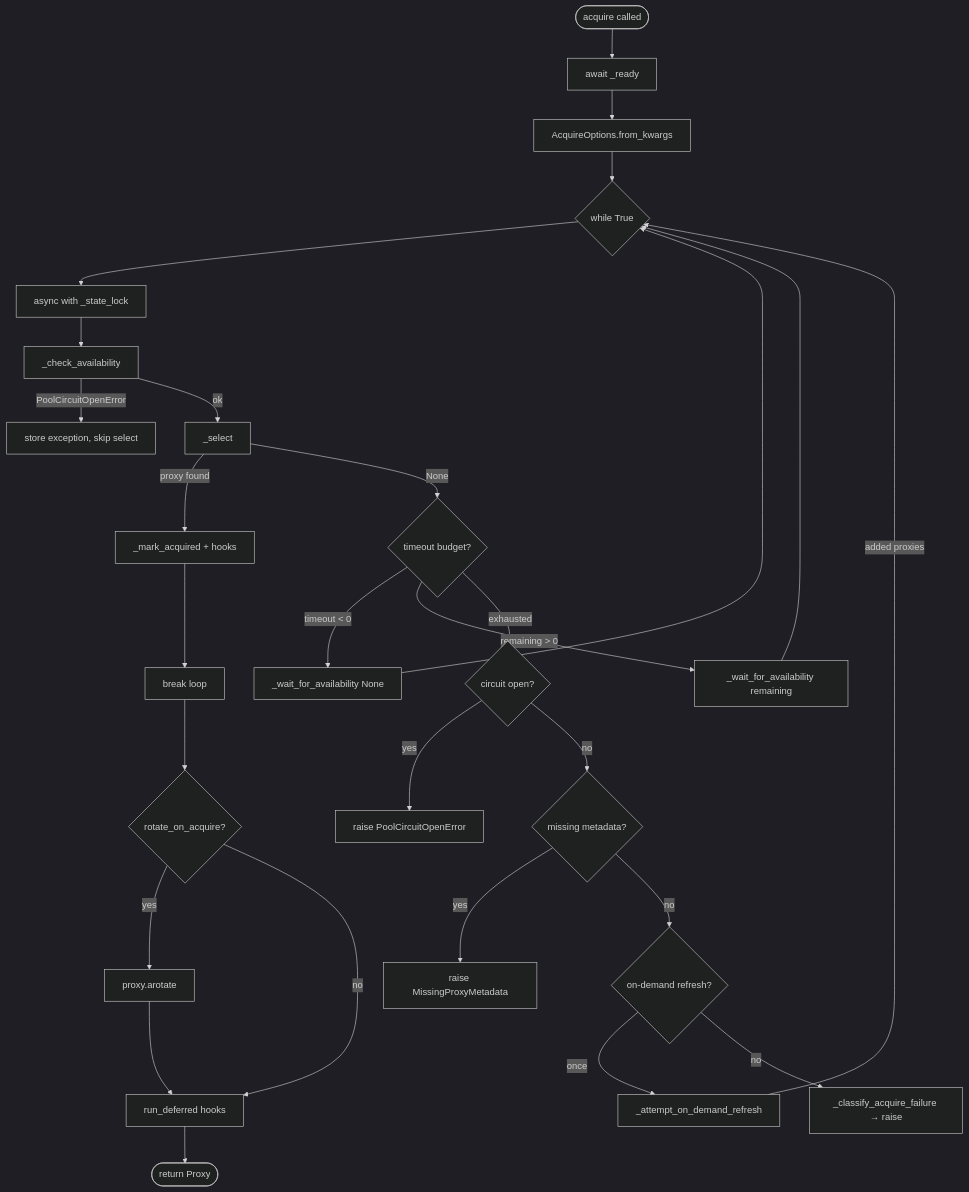
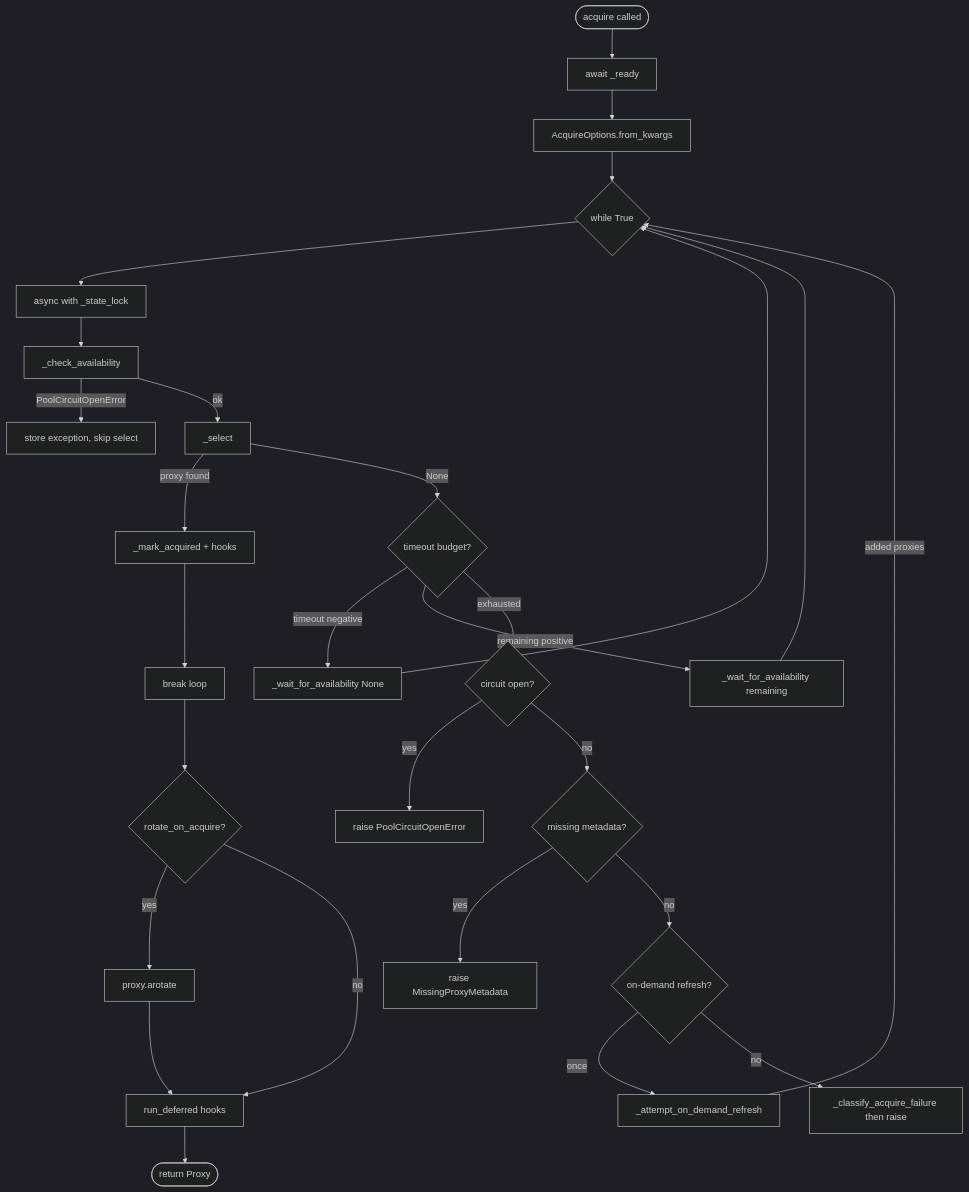
The third of 6 diagrams in docs/for_mine_and_only_my.md (MFDI-hub/omniproxy), drawn with Mermaid (dark theme) before and after one commit. The commit also changed other lines of this file, not shown here.

````diff
--- a/docs/for_mine_and_only_my.md
+++ b/docs/for_mine_and_only_my.md
@@ -186,34 +186,34 @@
 ```mermaid
 flowchart TD
     START([acquire called]) --> READY[await _ready]
     READY --> OPTS[AcquireOptions.from_kwargs]
     OPTS --> LOOP{while True}
 
     LOOP --> LOCK[async with _state_lock]
     LOCK --> AVAIL[_check_availability]
     AVAIL -->|PoolCircuitOpenError| WAIT_CB[store exception, skip select]
     AVAIL -->|ok| SELECT[_select]
     SELECT -->|proxy found| MARK[_mark_acquired + hooks]
     MARK --> BREAK[break loop]
     SELECT -->|None| TIMEOUT{timeout budget?}
 
-    TIMEOUT -->|timeout < 0| WAIT_INF[_wait_for_availability None]
-    TIMEOUT -->|remaining > 0| WAIT[_wait_for_availability remaining]
+    TIMEOUT -->|timeout negative| WAIT_INF[_wait_for_availability None]
+    TIMEOUT -->|remaining positive| WAIT[_wait_for_availability remaining]
     WAIT_INF --> LOOP
     WAIT --> LOOP
 
     TIMEOUT -->|exhausted| CLASSIFY{circuit open?}
     CLASSIFY -->|yes| RAISE_CB[raise PoolCircuitOpenError]
     CLASSIFY -->|no| META{missing metadata?}
     META -->|yes| RAISE_META[raise MissingProxyMetadata]
     META -->|no| REFRESH{on-demand refresh?}
     REFRESH -->|once| ODR[_attempt_on_demand_refresh]
     ODR -->|added proxies| LOOP
-    REFRESH -->|no| FAIL[_classify_acquire_failure → raise]
+    REFRESH -->|no| FAIL[_classify_acquire_failure then raise]
 
     BREAK --> ROTATE{rotate_on_acquire?}
     ROTATE -->|yes| AROT[proxy.arotate]
     ROTATE -->|no| HOOKS[run_deferred hooks]
     AROT --> HOOKS
     HOOKS --> RETURN([return Proxy])
 ```
````
